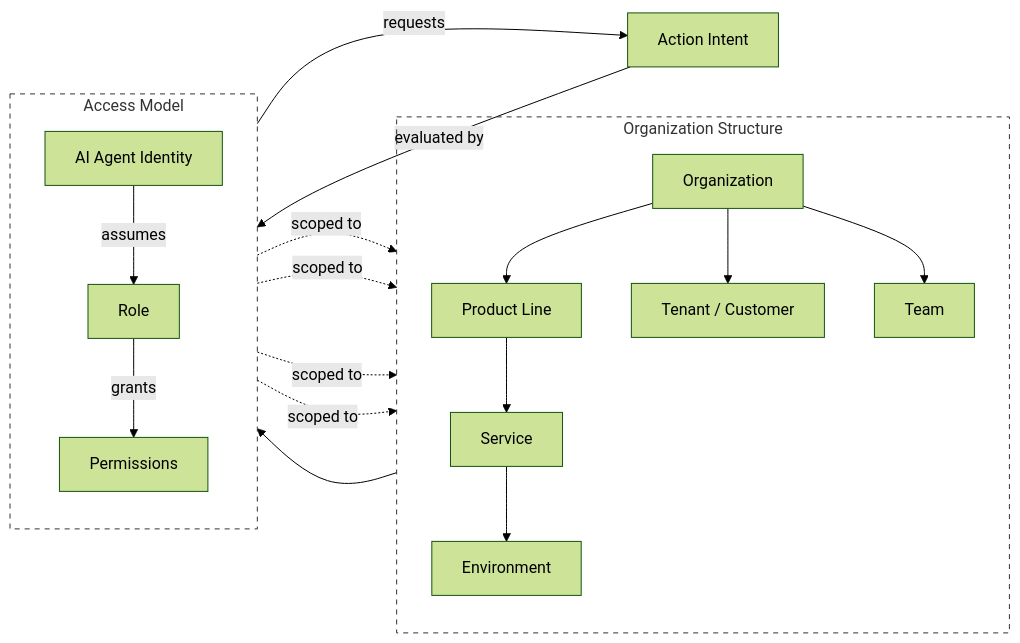
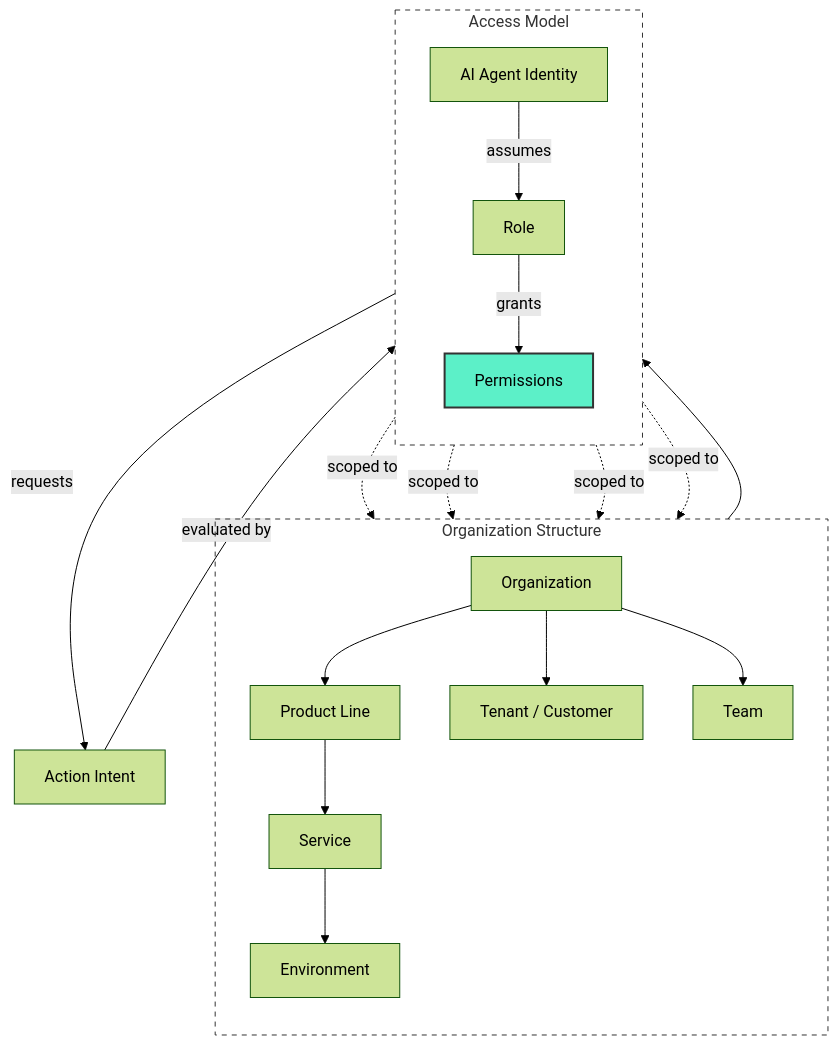
The fourth of 5 diagrams in src/content/blog/why-ai-agents-need-permission.mdx (relicta-tech/relicta-site), drawn with Mermaid (forest theme) before and after one commit. The commit also changed other lines of this file, not shown here.

Commit message:
style(docs): normalize diagram labels, layout, and accent styling

````diff
--- a/src/content/blog/why-ai-agents-need-permission.mdx
+++ b/src/content/blog/why-ai-agents-need-permission.mdx
@@ -240,29 +243,32 @@
 ```mermaid
-flowchart LR
-    subgraph OrgStructure [Organization Structure]
+flowchart TB
+    subgraph OrgStructure ["Organization Structure"]
         direction TB
-        Org[Organization] --> PL[Product Line]
-        PL --> SVC[Service]
-        SVC --> ENV[Environment]
-        Org --> TEN[Tenant / Customer]
-        Org --> TEAM[Team]
+        Org["Organization"] --> PL["Product Line"]
+        PL --> SVC["Service"]
+        SVC --> ENV["Environment"]
+        Org --> TEN["Tenant / Customer"]
+        Org --> TEAM["Team"]
     end
 
-    subgraph AccessModel [Access Model]
+    subgraph AccessModel ["Access Model"]
         direction TB
-        TEAM --> ROLE[Role]
-        ROLE -->|grants| PERM[Permissions]
-        Agent[AI Agent Identity] -->|assumes| ROLE
+        TEAM --> ROLE["Role"]
+        ROLE -->|grants| PERM["Permissions"]
+        Agent["AI Agent Identity"] -->|assumes| ROLE
     end
 
     PERM -.->|scoped to| PL
     PERM -.->|scoped to| SVC
     PERM -.->|scoped to| ENV
     PERM -.->|scoped to| TEN
 
-    Agent -->|requests| ACT[Action Intent]
+    Agent -->|requests| ACT["Action Intent"]
     ACT -->|evaluated by| PERM
+
+    classDef accent fill:#5cf0c8,stroke:#333,stroke-width:2px,color:#000;
+    class PERM accent;
 
     style OrgStructure fill:transparent,stroke:#333,stroke-dasharray: 5 5
     style AccessModel fill:transparent,stroke:#333,stroke-dasharray: 5 5
 ```
````
